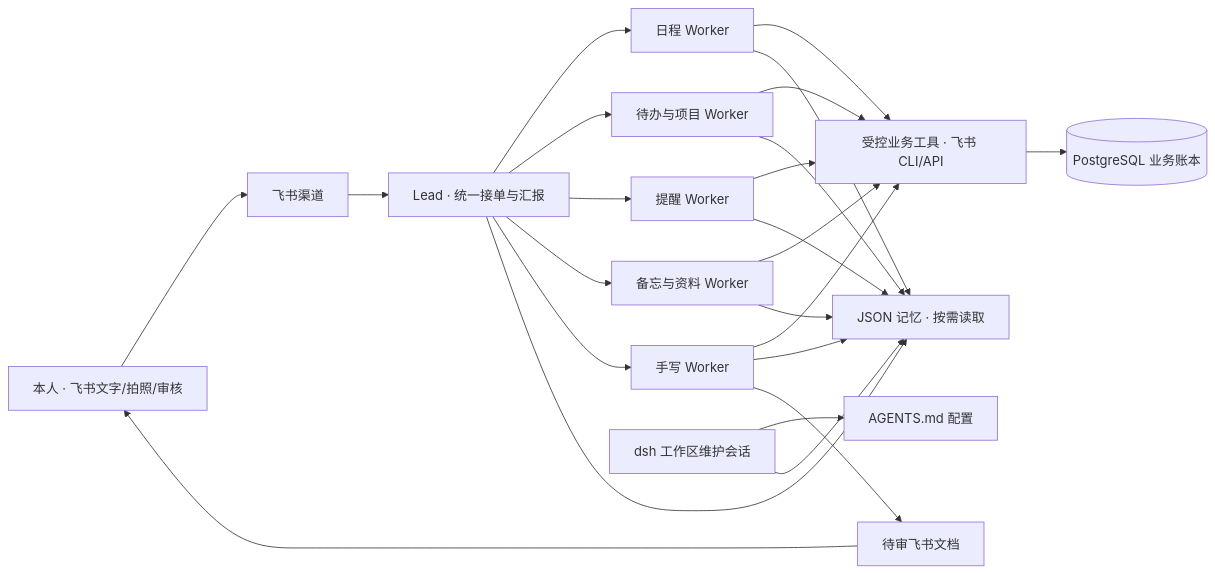
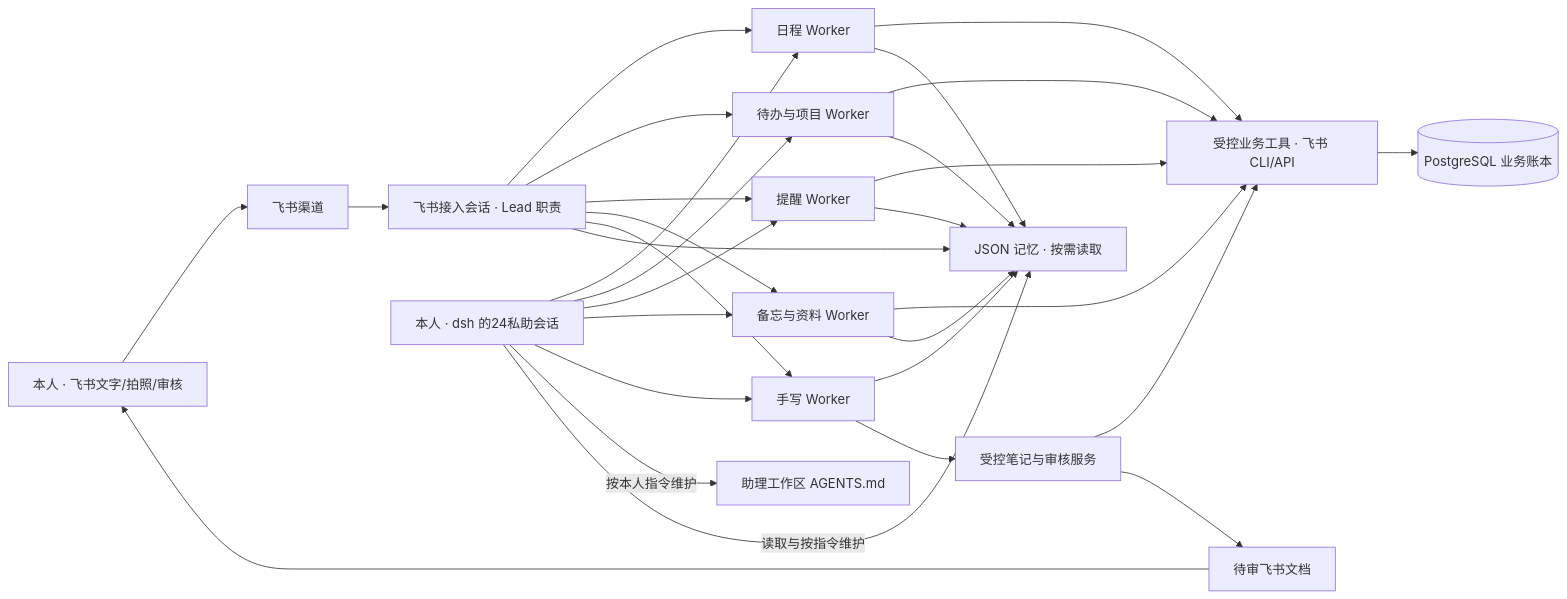
Before and after one commit to benz-ai-x/dsh-24-PA: the diagram in docs/24PA-整体设计方案.md, drawn with Mermaid. The commit also changed other lines of this file and 68 other files, not shown here.

````diff
--- a/docs/24PA-整体设计方案.md
+++ b/docs/24PA-整体设计方案.md
@@ -23,17 +24,20 @@
 ```mermaid
 flowchart LR
   U[本人 · 飞书文字/拍照/审核] --> F[飞书渠道]
-  F --> L[Lead · 统一接单与汇报]
-  L --> C[日程 Worker]
-  L --> T[待办与项目 Worker]
-  L --> R[提醒 Worker]
-  L --> M[备忘与资料 Worker]
-  L --> H[手写 Worker]
-  C & T & R & M & H --> B[受控业务工具 · 飞书 CLI/API]
+  F --> L[飞书接入会话 · Lead 职责]
+  W[本人 · dsh 的24私助会话] --> C[日程 Worker]
+  L --> C
+  L & W --> T[待办与项目 Worker]
+  L & W --> R[提醒 Worker]
+  L & W --> M[备忘与资料 Worker]
+  L & W --> H[手写 Worker]
+  C & T & R & M --> B[受控业务工具 · 飞书 CLI/API]
   B --> P[(PostgreSQL 业务账本)]
   L & C & T & R & M & H --> K[JSON 记忆 · 按需读取]
-  W[dsh 工作区维护会话] --> A[AGENTS.md 配置]
-  W --> K
-  H --> D[待审飞书文档]
+  W -->|按本人指令维护| A[助理工作区 AGENTS.md]
+  W -->|读取与按指令维护| K
+  H --> N[受控笔记与审核服务]
+  N --> B
+  N --> D[待审飞书文档]
   D --> U
 ```
````
